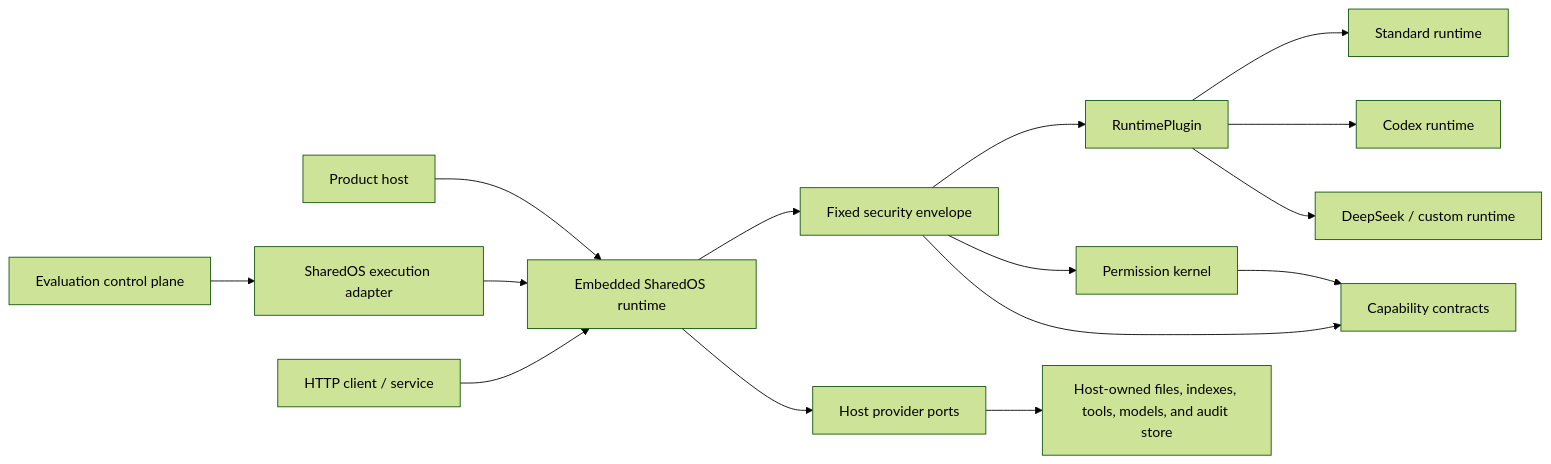
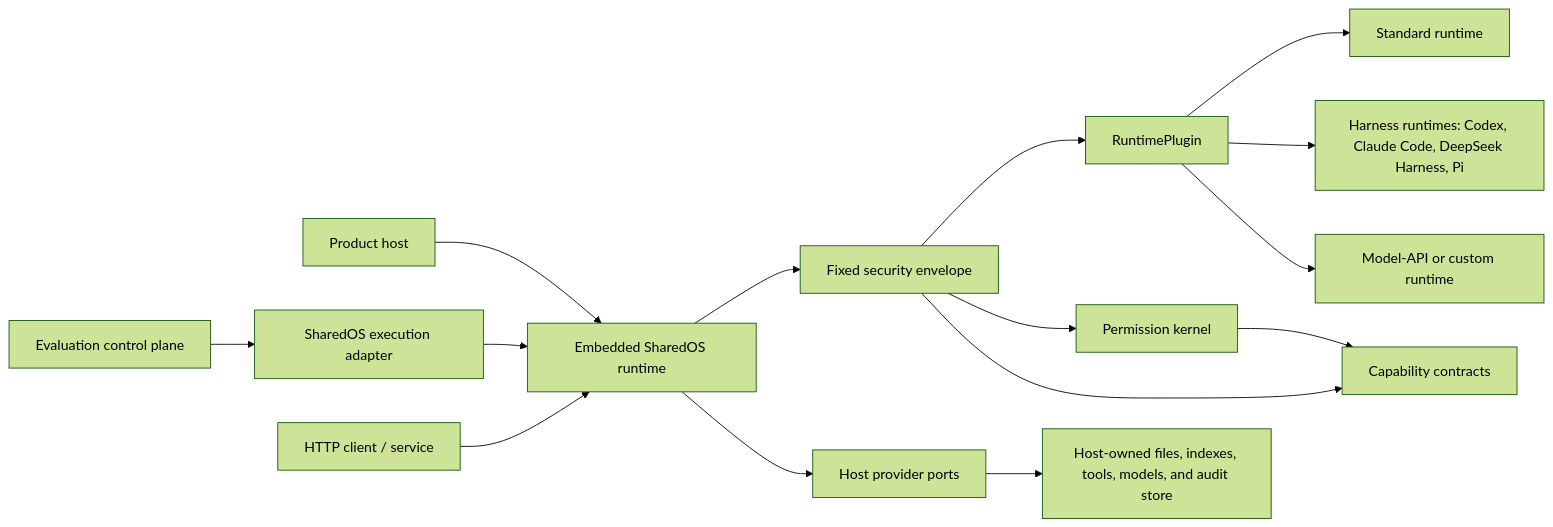
Before and after one commit to Aicoo-Team/SharedOS: the diagram in README.md, drawn with Mermaid (forest theme). The commit also changed other lines of this file and 6 other files, not shown here.

````diff
--- a/README.md
+++ b/README.md
@@ -87,17 +87,17 @@
 ```mermaid
 flowchart LR
   A["Product host"] --> E["Embedded SharedOS runtime"]
   P["Evaluation control plane"] --> X["SharedOS execution adapter"]
   X --> E
   H["HTTP client / service"] --> E
   E --> K["Fixed security envelope"]
   K --> R["RuntimePlugin"]
   R --> RS["Standard runtime"]
-  R --> RC["Codex runtime"]
-  R --> RD["DeepSeek / custom runtime"]
+  R --> RC["Harness runtimes: Codex, Claude Code, DeepSeek Harness, Pi"]
+  R --> RD["Model-API or custom runtime"]
   K --> PK["Permission kernel"]
   PK --> C["Capability contracts"]
   K --> C
   E --> HP["Host provider ports"]
   HP --> D["Host-owned files, indexes, tools, models, and audit store"]
 ```
````
